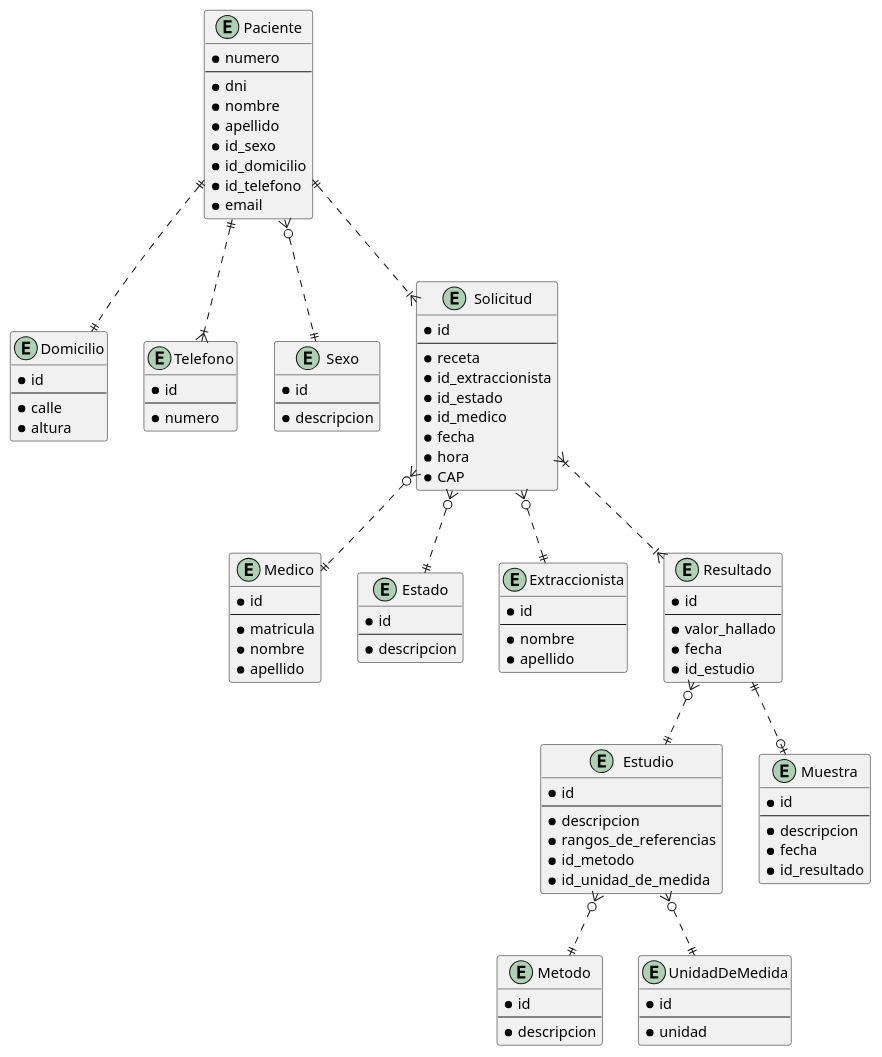
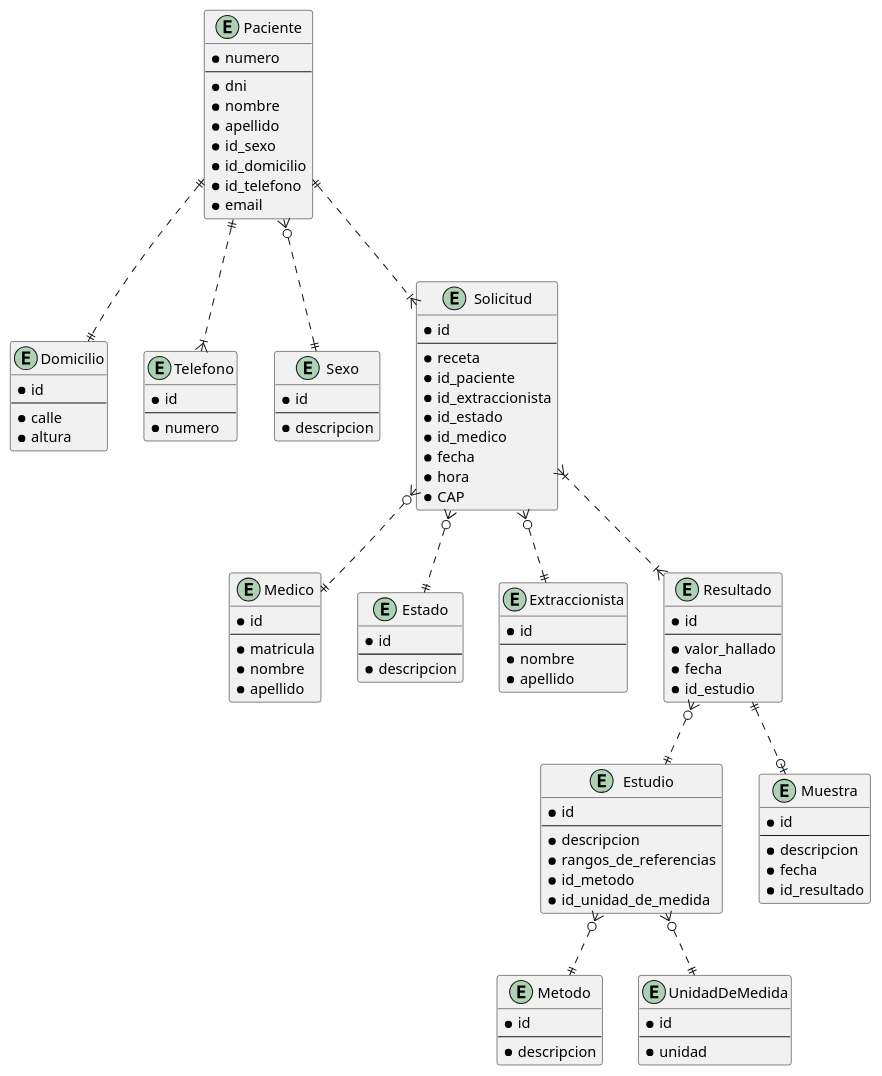
One commit to MateMar04/Biomedica changed the diagram in Diagrams/BIOMEDICA.wsd. Above: the diagram before and after it, drawn with PlantUML. The commit also changed 1 other file, not shown here.

```diff
--- a/Diagrams/BIOMEDICA.wsd
+++ b/Diagrams/BIOMEDICA.wsd
@@ -1,116 +1,117 @@
 @startuml BIOMEDICA
 entity Medico {
     * id
     --
     * matricula
     * nombre
     * apellido
 }
 
 entity Domicilio {
     * id
     --
     * calle
     * altura
 }
 
 entity Telefono {
     * id
     --
     * numero
 }
 
 entity Sexo {
     * id
     --
     * descripcion
 }
 
 entity Paciente {
     * numero
     --
     * dni
     * nombre
     * apellido
     * id_sexo
     * id_domicilio
     * id_telefono
     * email
 }
 
 entity Estado {
     * id
     --
     * descripcion
 }
 
 entity Estudio {
     * id
     --
     * descripcion
     * rangos_de_referencias
     * id_metodo
     * id_unidad_de_medida
 }
 
 entity Solicitud {
     * id
     --
     * receta
+    * id_paciente
     * id_extraccionista
     * id_estado
     * id_medico
     * fecha
     * hora
     * CAP
 }
 
 entity Extraccionista {
     * id
     --
     * nombre
     * apellido
 }
 
 entity Muestra {
     * id
     --
     * descripcion
     * fecha
     * id_resultado
 }
 
 entity Metodo {
     * id
     --
     * descripcion
 }
 
 entity Resultado {
     * id
     --
     * valor_hallado
     * fecha
     * id_estudio
 }
 
 entity UnidadDeMedida {
     * id
     --
     * unidad
 }
 
 Paciente ||..|| Domicilio
 Paciente ||..|{ Telefono
 Paciente }o..|| Sexo
 Paciente ||..|{ Solicitud
 Solicitud }o..|| Medico
 Solicitud }o..|| Estado
 Resultado ||..o| Muestra
 Solicitud }o..|| Extraccionista
 Estudio }o..|| Metodo
 Solicitud }|..|{ Resultado
 Estudio }o..|| UnidadDeMedida
 Resultado }o..|| Estudio
 
 @enduml
```
